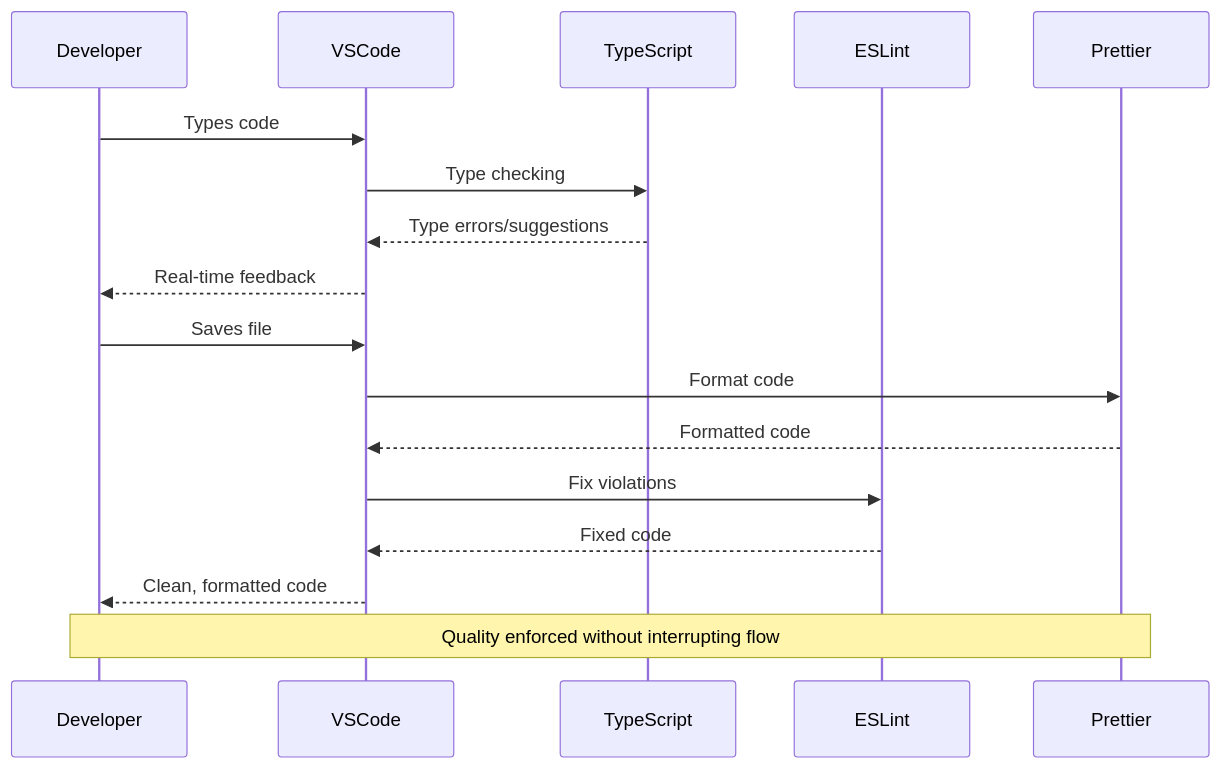
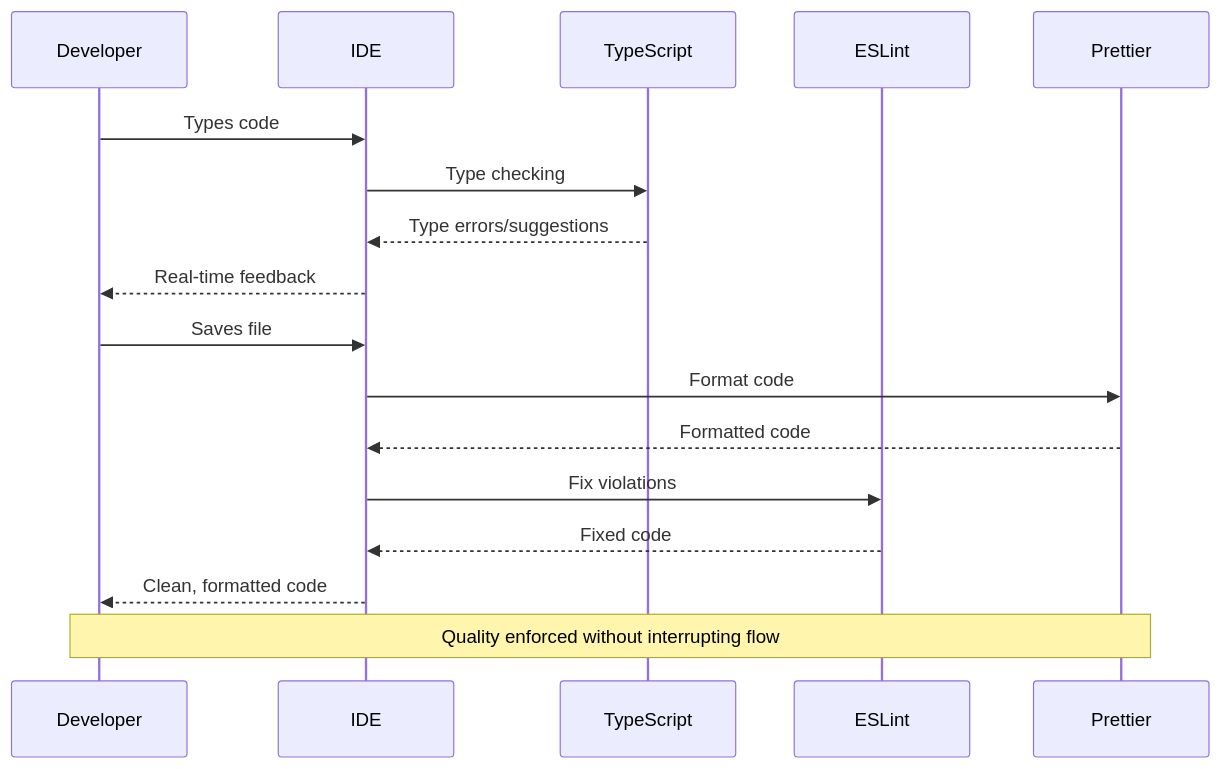
The second of 4 diagrams in docs/code-quality.md (tpperez/nextjs_template), drawn with Mermaid before and after one commit. The commit also changed other lines of this file and 10 other files, not shown here.

````diff
--- a/docs/code-quality.md
+++ b/docs/code-quality.md
@@ -139,22 +144,22 @@
 ```mermaid
 sequenceDiagram
     participant Dev as Developer
-    participant IDE as VSCode
+    participant IDE as IDE
     participant TS as TypeScript
     participant ESLint as ESLint
     participant Prettier as Prettier
 
     Dev->>IDE: Types code
     IDE->>TS: Type checking
     TS-->>IDE: Type errors/suggestions
     IDE-->>Dev: Real-time feedback
 
     Dev->>IDE: Saves file
     IDE->>Prettier: Format code
     Prettier-->>IDE: Formatted code
     IDE->>ESLint: Fix violations
     ESLint-->>IDE: Fixed code
     IDE-->>Dev: Clean, formatted code
 
     Note over Dev,Prettier: Quality enforced without interrupting flow
 ```
````
